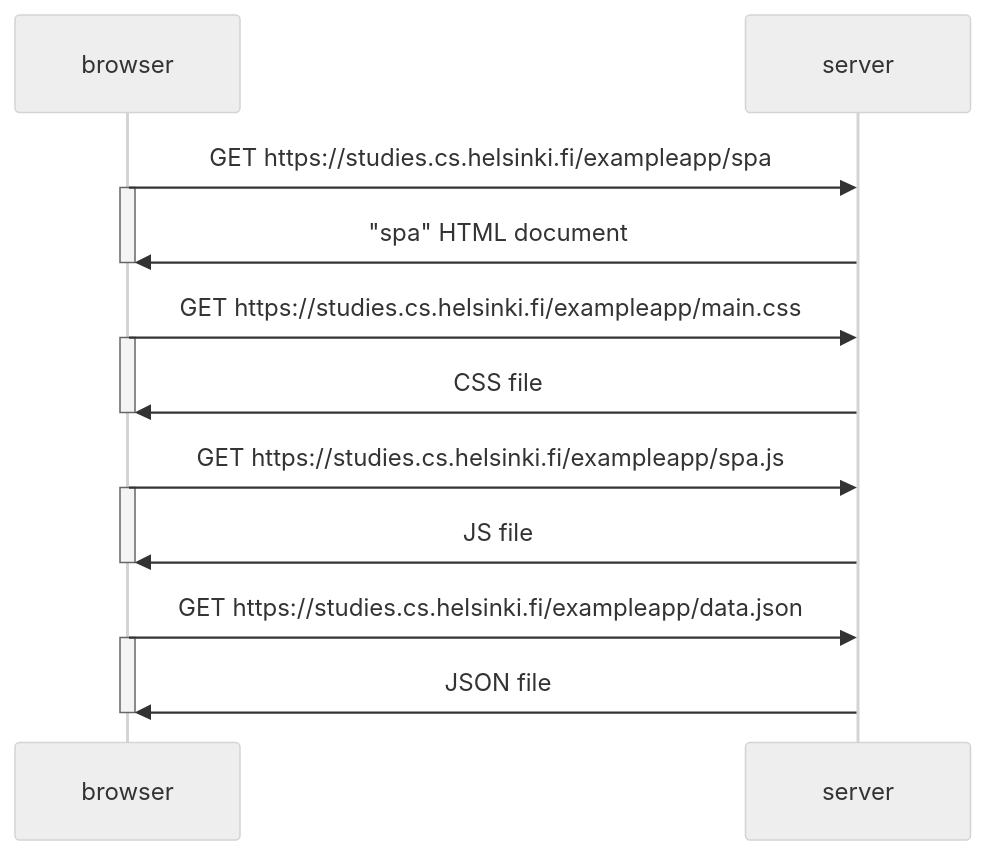
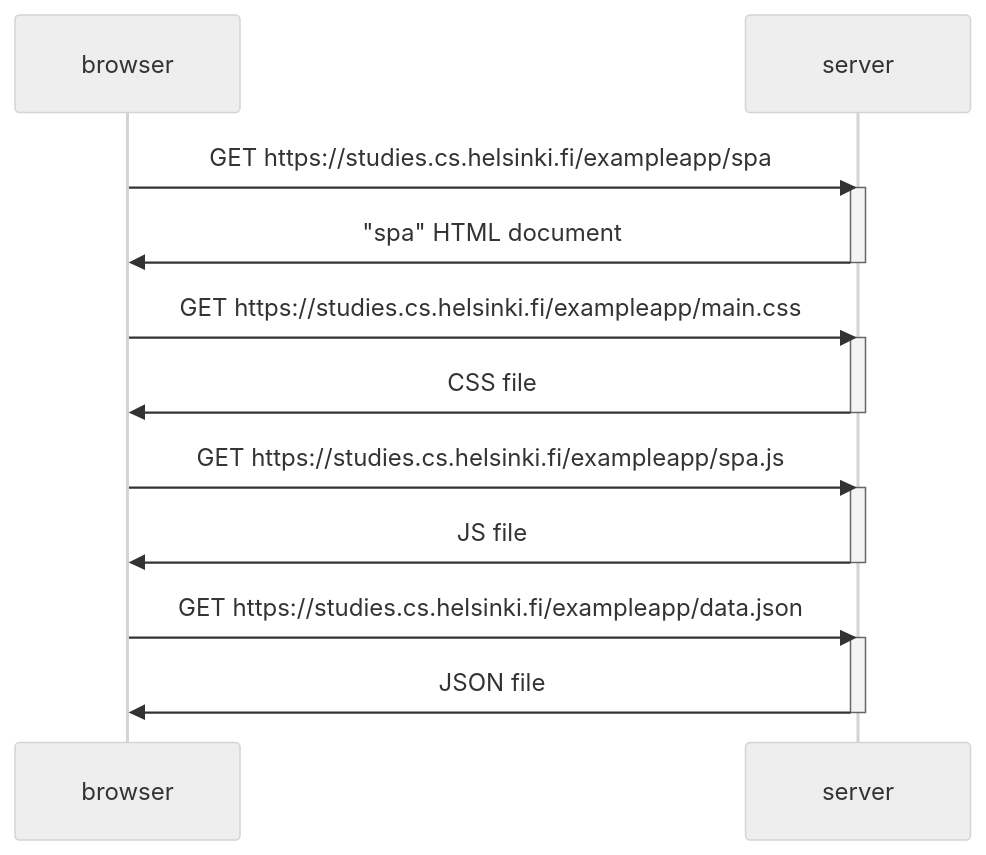
The diagram in osa0/0-5.md (VeikkaND/fullstackopen-2023), drawn with Mermaid (neutral theme) before and after one commit.

Commit message:
muutettu muotoilua

````diff
--- a/osa0/0-5.md
+++ b/osa0/0-5.md
@@ -1,26 +1,26 @@
 ```mermaid
 sequenceDiagram
     participant browser
     participant server
 
     browser->>server: GET https://studies.cs.helsinki.fi/exampleapp/spa
-    activate browser
+    activate server
     server->>browser: "spa" HTML document
-    deactivate browser
+    deactivate server
 
     browser->>server: GET https://studies.cs.helsinki.fi/exampleapp/main.css
-    activate browser
+    activate server
     server->>browser: CSS file
-    deactivate browser
+    deactivate server
 
     browser->>server: GET https://studies.cs.helsinki.fi/exampleapp/spa.js
-    activate browser
+    activate server
     server->>browser: JS file
-    deactivate browser
+    deactivate server
 
     browser->>server: GET https://studies.cs.helsinki.fi/exampleapp/data.json
-    activate browser
+    activate server
     server->>browser: JSON file
-    deactivate browser
+    deactivate server
 
 ```
````
